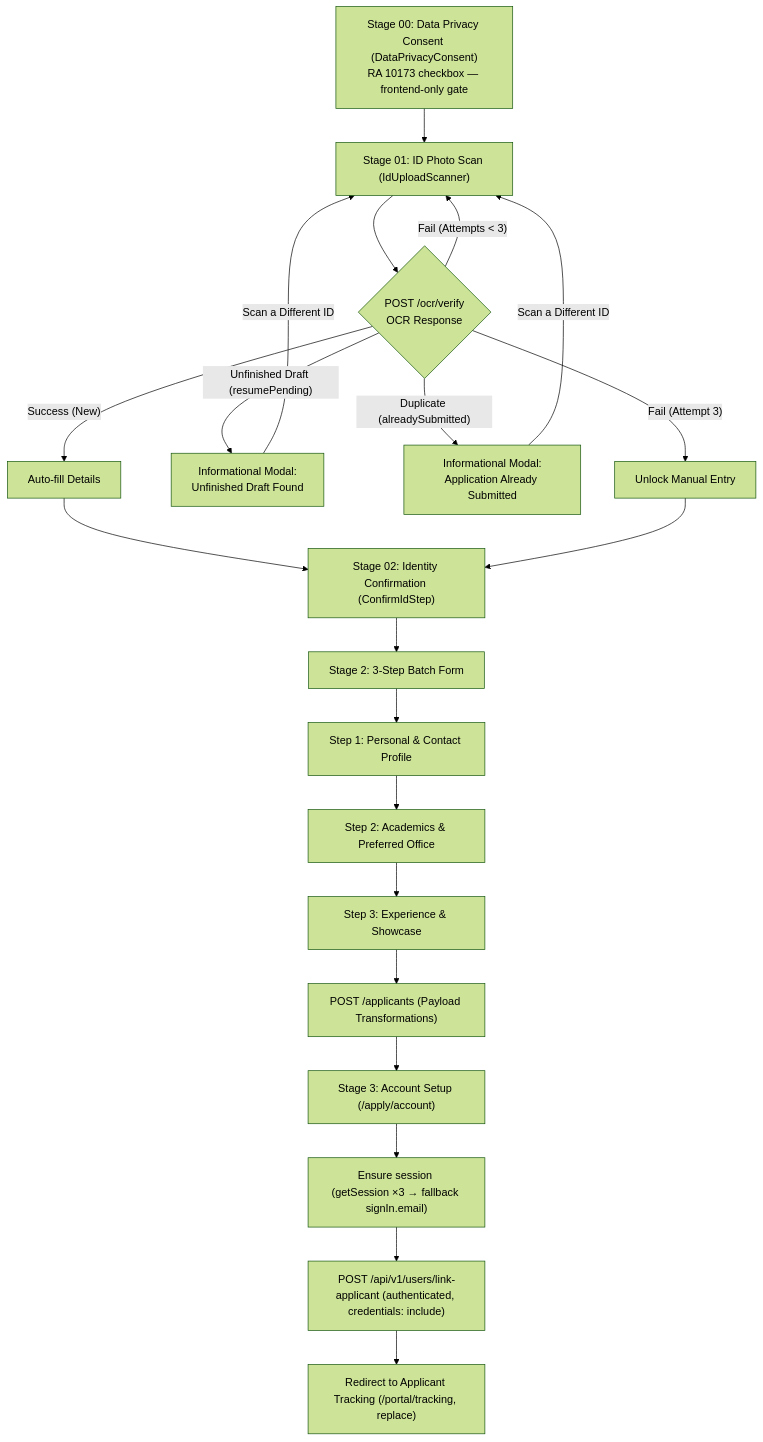
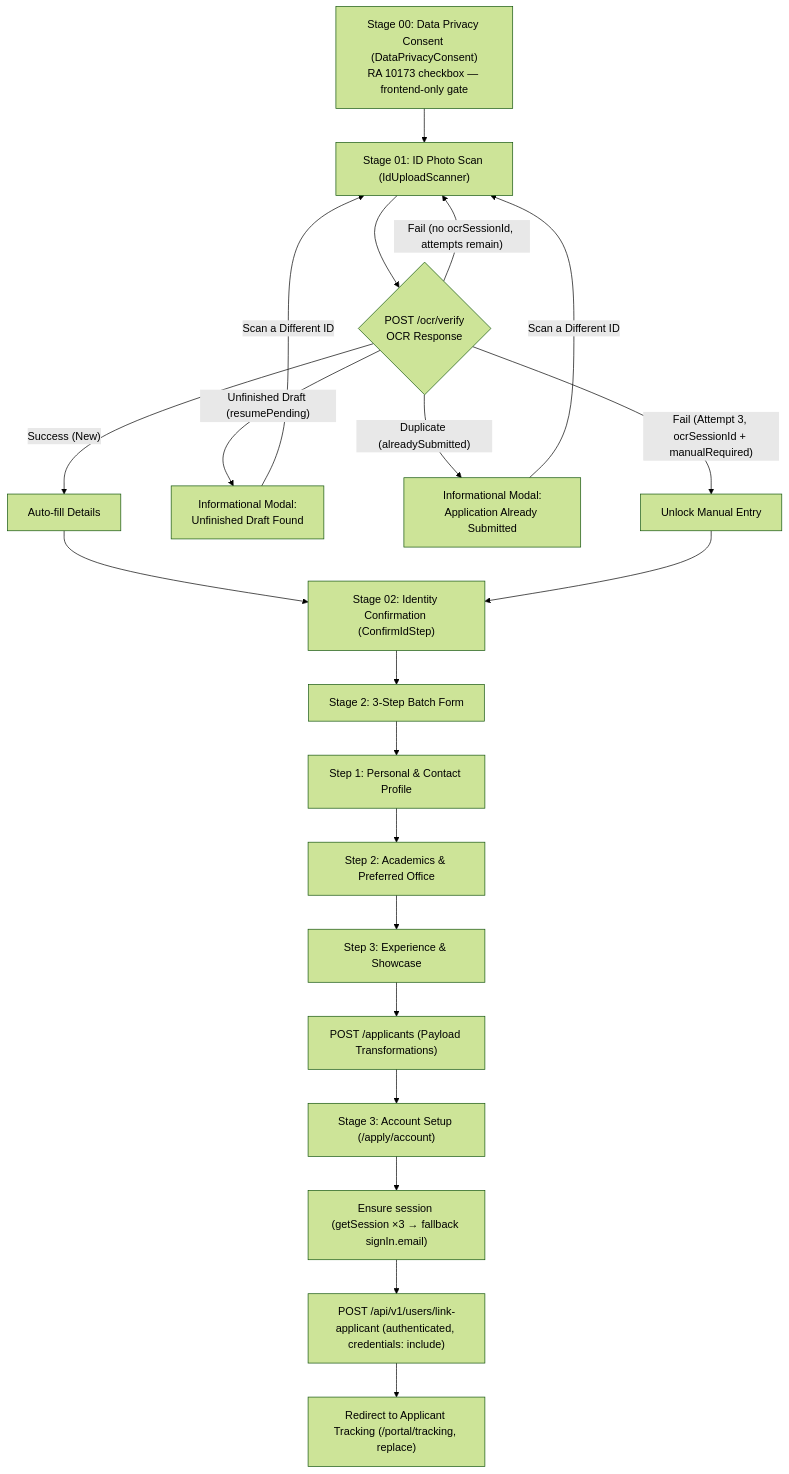
One commit to microsoft-student-community-qcu/qcu-msc-central-portal-frontend changed the diagram in docs/guides/application-flow.md. Above: the diagram before and after it, drawn with Mermaid (forest theme). The commit also changed other lines of this file and 2 other files, not shown here.

First line of the commit message:
fix(apply): gate confirm/manual form behind a valid ocrSessionId

````diff
--- a/docs/guides/application-flow.md
+++ b/docs/guides/application-flow.md
@@ -9,29 +9,30 @@
 ```mermaid
 flowchart TD
     Z["Stage 00: Data Privacy Consent (DataPrivacyConsent)<br/>RA 10173 checkbox — frontend-only gate"] --> A
     A["Stage 01: ID Photo Scan (IdUploadScanner)"] --> B{"POST /ocr/verify<br/>OCR Response"}
 
     
     B -- "Success (New)" --> C["Auto-fill Details"]
     B -- "Unfinished Draft (resumePending)" --> M["Informational Modal:<br/>Unfinished Draft Found"]
     M -- "Scan a Different ID" --> A
     B -- "Duplicate (alreadySubmitted)" --> K["Informational Modal:<br/>Application Already Submitted"]
     K -- "Scan a Different ID" --> A
-    B -- "Fail (Attempts < 3)" --> A
-    B -- "Fail (Attempt 3)" --> D["Unlock Manual Entry"]
+    B -- "Fail (no ocrSessionId, attempts remain)" --> A
+    B -- "Fail (Attempt 3, ocrSessionId + manualRequired)" --> D["Unlock Manual Entry"]
+
     
     C --> E["Stage 02: Identity Confirmation (ConfirmIdStep)"]
     D --> E
     
     E --> F["Stage 2: 3-Step Batch Form"]
     F --> F1["Step 1: Personal & Contact Profile"]
     F1 --> F2["Step 2: Academics & Preferred Office"]
     F2 --> F3["Step 3: Experience & Showcase"]
     
     F3 --> G["POST /applicants (Payload Transformations)"]
     G --> H["Stage 3: Account Setup (/apply/account)"]
     
     H --> H1["Ensure session (getSession ×3 → fallback signIn.email)"]
     H1 --> I["POST /api/v1/users/link-applicant (authenticated, credentials: include)"]
     I --> J["Redirect to Applicant Tracking (/portal/tracking, replace)"]
 ```
````
